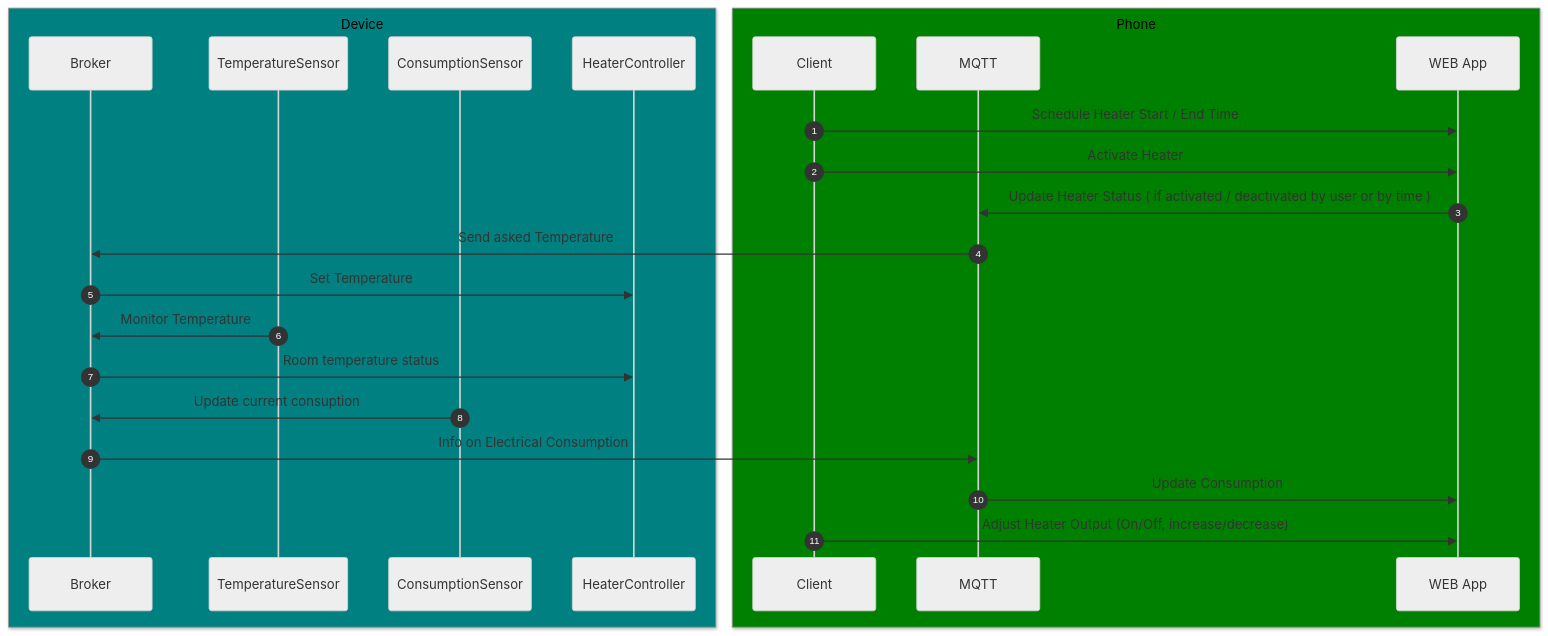
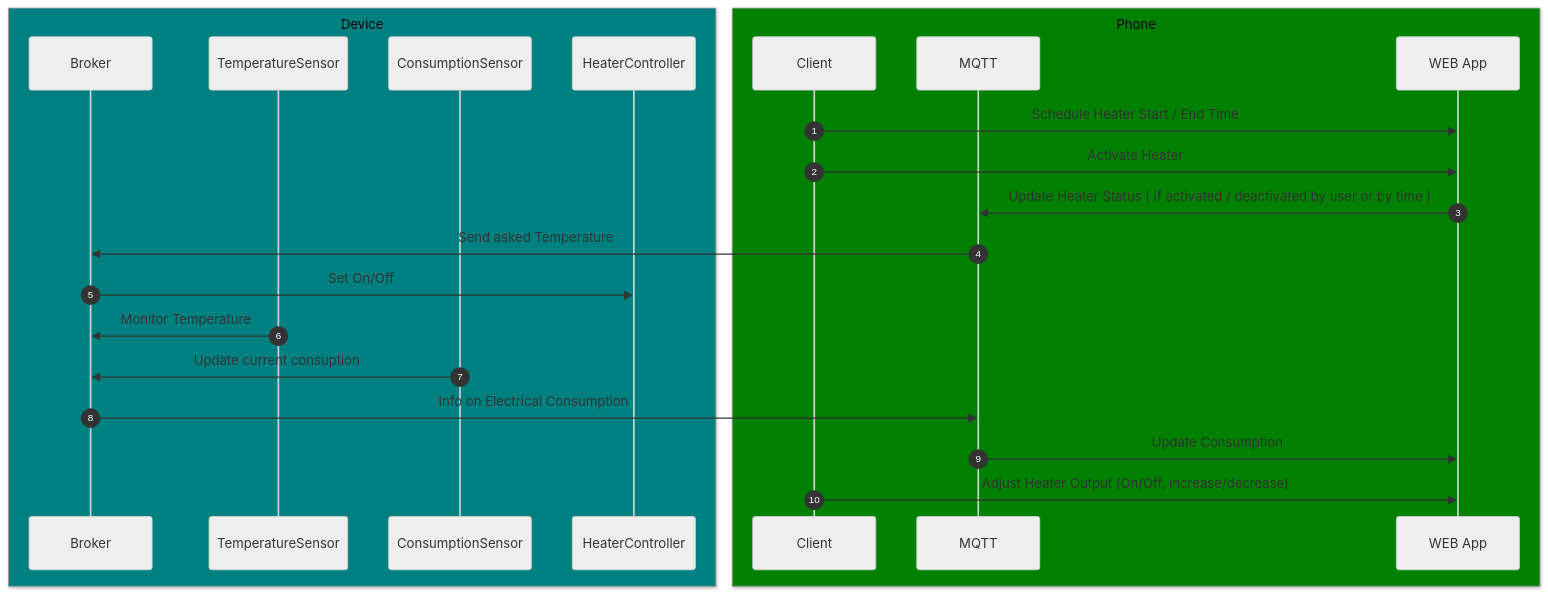
One commit to Home-N-Co/Heaters changed the first of 2 diagrams in README.md. Above: the diagram before and after it, drawn with Mermaid (neutral theme). The commit also changed 1 other file, not shown here.

Commit message:
update working code with README.md

````diff
--- a/README.md
+++ b/README.md
@@ -4,26 +4,26 @@
 ```mermaid
 sequenceDiagram
     autonumber
     box Teal Device
         participant B as Broker
         participant TS as TemperatureSensor
         participant CS as ConsumptionSensor
         participant HC as HeaterController
         end
     box Green Phone
         participant C as Client
         participant M as MQTT
         participant AP as WEB App
     end
         C ->> AP: Schedule Heater Start / End Time
         C ->> AP: Activate Heater
         AP ->> M: Update Heater Status ( if activated / deactivated by user or by time )
         M ->> B: Send asked Temperature
-        B ->> HC: Set Temperature
+        B ->> HC: Set On/Off
         TS ->> B: Monitor Temperature
-        B ->> HC: Room temperature status
+        
         CS ->> B : Update current consuption
         B ->> M: Info on Electrical Consumption
         M ->> AP: Update Consumption
         C ->> AP: Adjust Heater Output (On/Off, increase/decrease)
 ```
````
